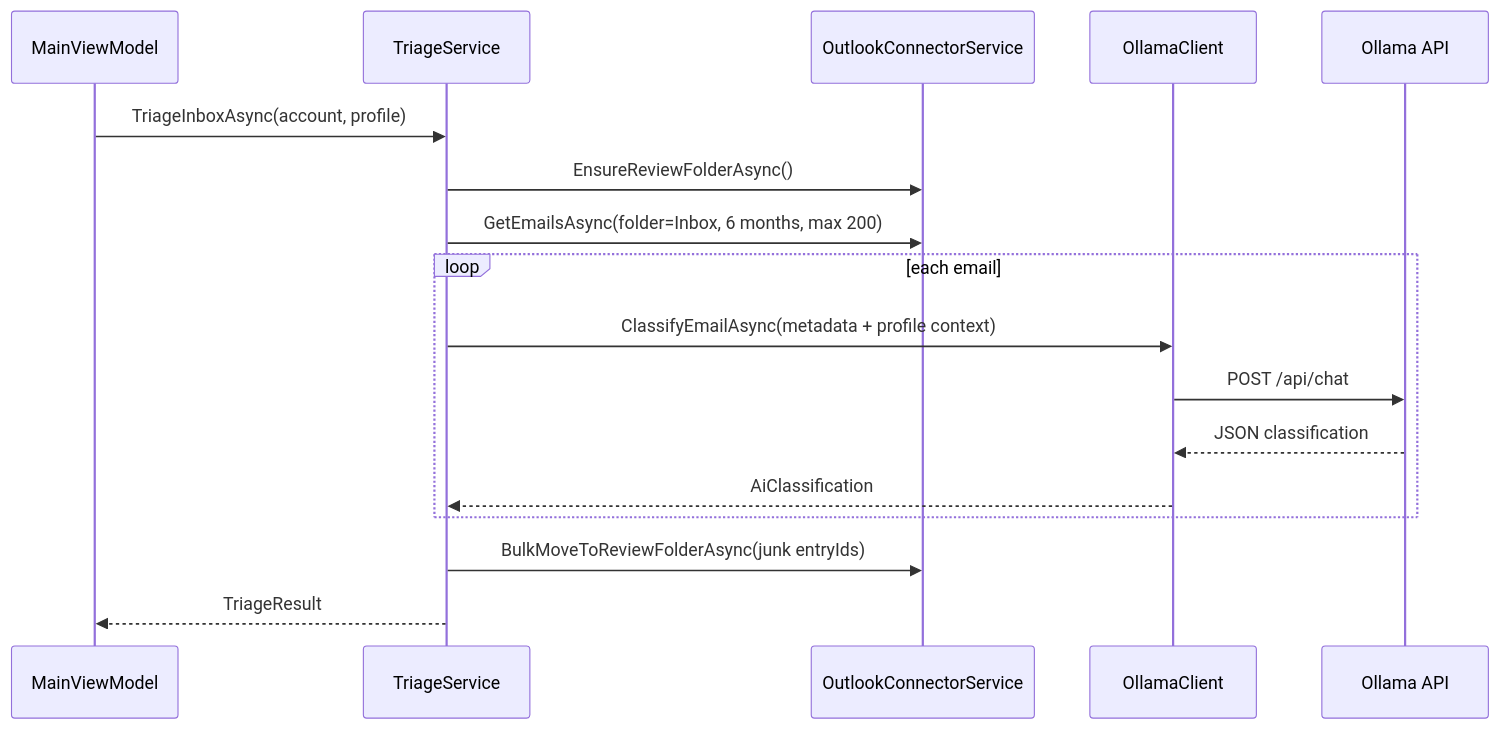
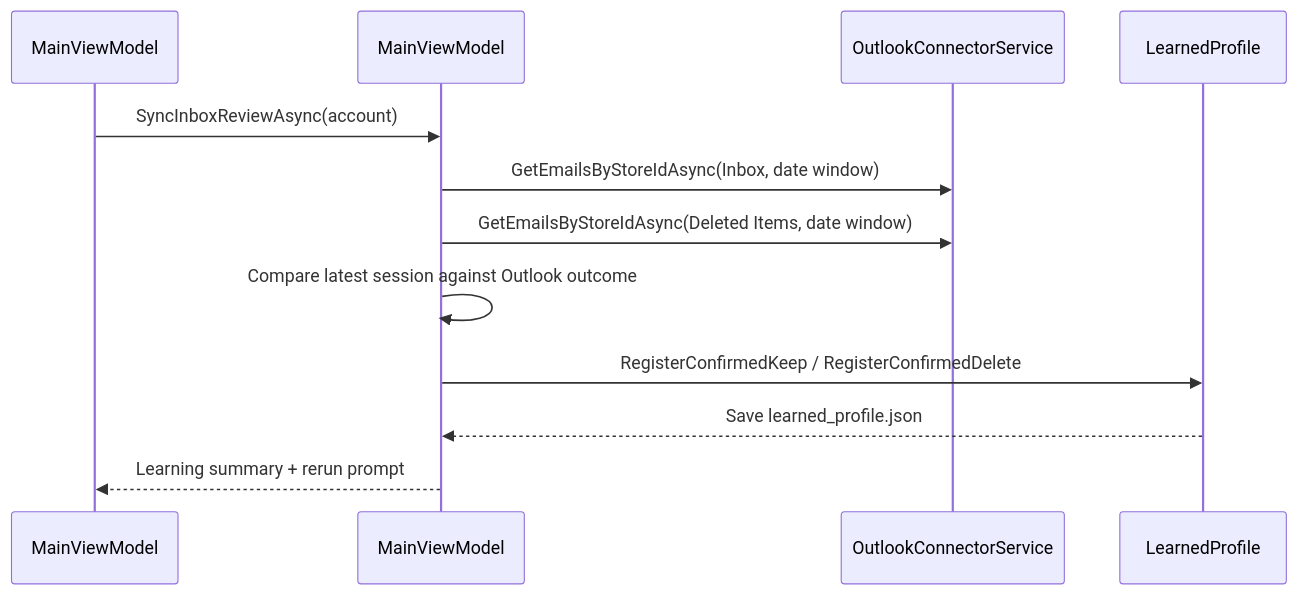
The fifth of 6 diagrams in Docs/MailZen_Architecture_and_User_Manual.md (kbdarius/MailZen), drawn with Mermaid before and after one commit. The commit also changed other lines of this file and 6 other files, not shown here.

Commit message:
Refocus app on inbox review and relearn

````diff
--- a/Docs/MailZen_Architecture_and_User_Manual.md
+++ b/Docs/MailZen_Architecture_and_User_Manual.md
@@ -179,20 +182,15 @@
 ```mermaid
 sequenceDiagram
     participant UI as MainViewModel
-    participant TS as TriageService
+    participant VM as MainViewModel
     participant OCS as OutlookConnectorService
-    participant OCL as OllamaClient
-    participant OA as Ollama API
+    participant LP as LearnedProfile
 
-    UI->>TS: TriageInboxAsync(account, profile)
-    TS->>OCS: EnsureReviewFolderAsync()
-    TS->>OCS: GetEmailsAsync(folder=Inbox, 6 months, max 200)
-    loop each email
-      TS->>OCL: ClassifyEmailAsync(metadata + profile context)
-      OCL->>OA: POST /api/chat
-      OA-->>OCL: JSON classification
-      OCL-->>TS: AiClassification
-    end
-    TS->>OCS: BulkMoveToReviewFolderAsync(junk entryIds)
-    TS-->>UI: TriageResult
+    UI->>VM: SyncInboxReviewAsync(account)
+    VM->>OCS: GetEmailsByStoreIdAsync(Inbox, date window)
+    VM->>OCS: GetEmailsByStoreIdAsync(Deleted Items, date window)
+    VM->>VM: Compare latest session against Outlook outcome
+    VM->>LP: RegisterConfirmedKeep / RegisterConfirmedDelete
+    LP-->>VM: Save learned_profile.json
+    VM-->>UI: Learning summary + rerun prompt
 ```
````
